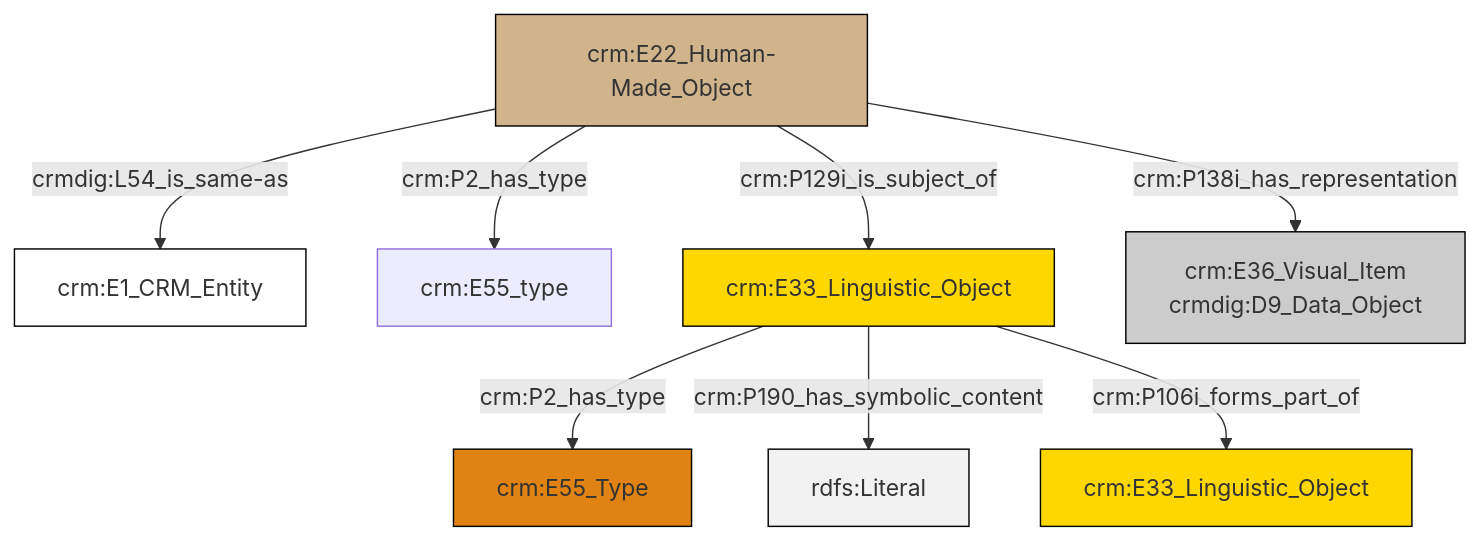
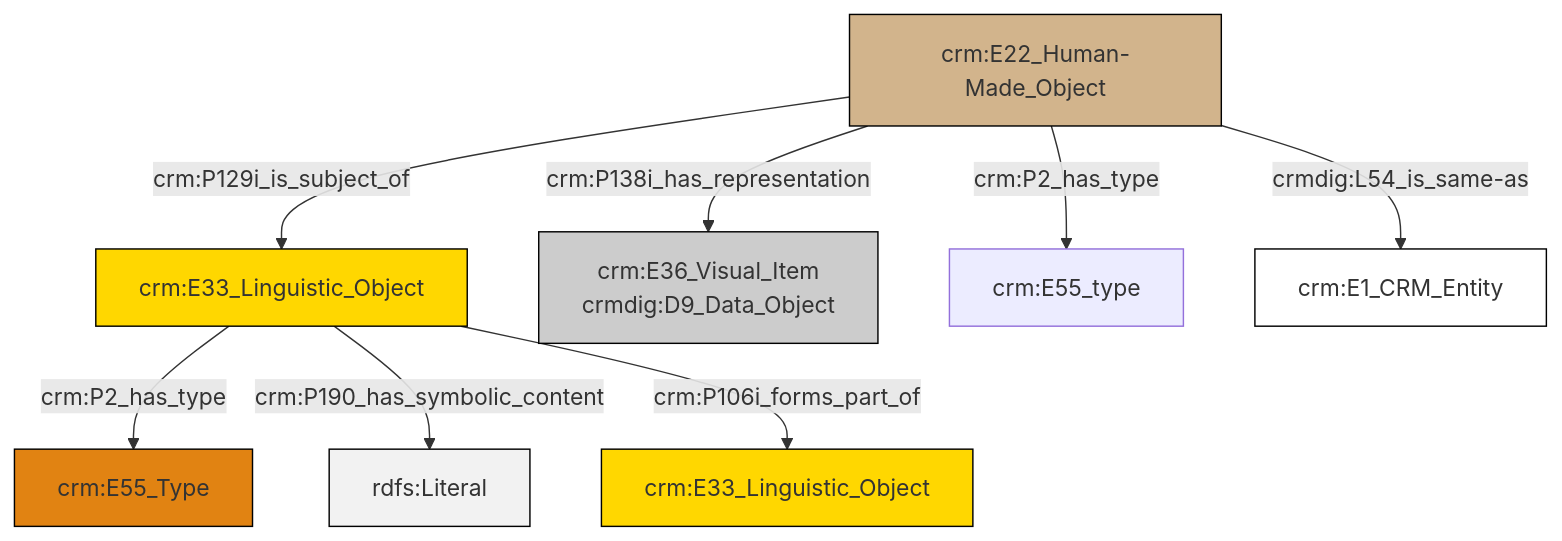
Before and after one commit to swiss-art-research-net/reference-data-models: the diagram in et/artworkCSV/ttl/mmd/Artwork_Documentation.ttl.mmd, drawn with Mermaid. The commit also changed 125 other files, not shown here.

```diff
--- a/et/artworkCSV/ttl/mmd/Artwork_Documentation.ttl.mmd
+++ b/et/artworkCSV/ttl/mmd/Artwork_Documentation.ttl.mmd
@@ -1,22 +1,22 @@
 graph TD
 classDef Literal fill:#f2f2f2,stroke:#000000;
 classDef CRM_Entity fill:#FFFFFF,stroke:#000000;
 classDef Temporal_Entity fill:#00C9E6, stroke:#000000;
 classDef Type fill:#E18312, stroke:#000000;
 classDef Time-Span fill:#2C9C91, stroke:#000000;
 classDef Appellation fill:#FFEB7F, stroke:#000000;
 classDef Place fill:#008836, stroke:#000000;
 classDef Persistent_Item fill:#B266B2, stroke:#000000;
 classDef Conceptual_Object fill:#FFD700, stroke:#000000;
 classDef Physical_Thing fill:#D2B48C, stroke:#000000;
 classDef Actor fill:#f58aad, stroke:#000000;
 classDef PC_Classes fill:#4ce600, stroke:#000000;
 classDef Multi fill:#cccccc,stroke:#000000;
 
-2["crm:E22_Human-Made_Object"]:::Physical_Thing -->|crmdig:L54_is_same-as| 0["crm:E1_CRM_Entity"]:::CRM_Entity
-2["crm:E22_Human-Made_Object"]:::Physical_Thing -->|crm:P2_has_type| 3["crm:E55_type"]:::Default
-6["crm:E33_Linguistic_Object"]:::Conceptual_Object -->|crm:P2_has_type| 4["crm:E55_Type"]:::Type
-2["crm:E22_Human-Made_Object"]:::Physical_Thing -->|crm:P129i_is_subject_of| 6["crm:E33_Linguistic_Object"]:::Conceptual_Object
-6["crm:E33_Linguistic_Object"]:::Conceptual_Object -->|crm:P190_has_symbolic_content| 9[rdfs:Literal]:::Literal
-6["crm:E33_Linguistic_Object"]:::Conceptual_Object -->|crm:P106i_forms_part_of| 10["crm:E33_Linguistic_Object"]:::Conceptual_Object
-2["crm:E22_Human-Made_Object"]:::Physical_Thing -->|crm:P138i_has_representation| 7["crm:E36_Visual_Item<br>crmdig:D9_Data_Object"]:::Multi
+0["crm:E33_Linguistic_Object"]:::Conceptual_Object -->|crm:P2_has_type| 1["crm:E55_Type"]:::Type
+4["crm:E22_Human-Made_Object"]:::Physical_Thing -->|crm:P138i_has_representation| 5["crm:E36_Visual_Item<br>crmdig:D9_Data_Object"]:::Multi
+4["crm:E22_Human-Made_Object"]:::Physical_Thing -->|crm:P2_has_type| 11["crm:E55_type"]:::Default
+4["crm:E22_Human-Made_Object"]:::Physical_Thing -->|crmdig:L54_is_same-as| 12["crm:E1_CRM_Entity"]:::CRM_Entity
+0["crm:E33_Linguistic_Object"]:::Conceptual_Object -->|crm:P190_has_symbolic_content| 14[rdfs:Literal]:::Literal
+4["crm:E22_Human-Made_Object"]:::Physical_Thing -->|crm:P129i_is_subject_of| 0["crm:E33_Linguistic_Object"]:::Conceptual_Object
+0["crm:E33_Linguistic_Object"]:::Conceptual_Object -->|crm:P106i_forms_part_of| 8["crm:E33_Linguistic_Object"]:::Conceptual_Object
```
